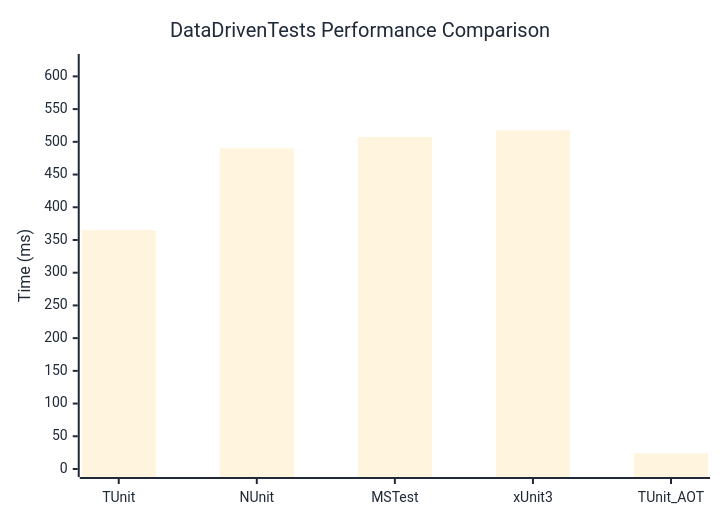
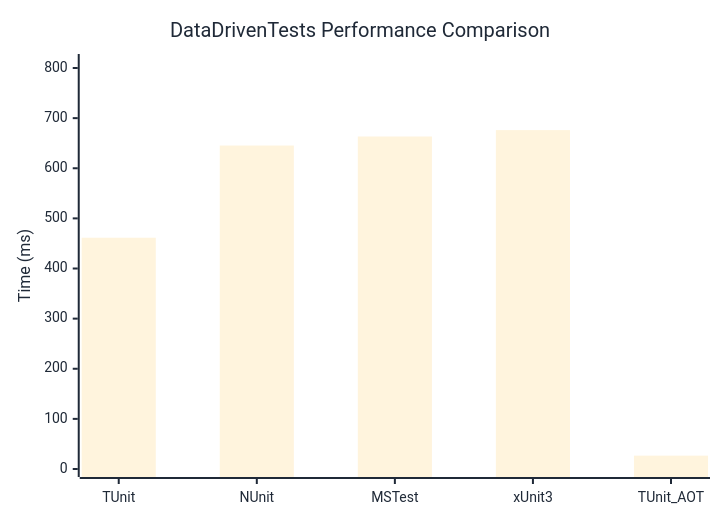
One commit to weiyilai/TUnit changed the diagram in docs/docs/benchmarks/DataDrivenTests.md. Above: the diagram before and after it, drawn with Mermaid. The commit also changed other lines of this file and 17 other files, not shown here.

````diff
--- a/docs/docs/benchmarks/DataDrivenTests.md
+++ b/docs/docs/benchmarks/DataDrivenTests.md
@@ -27,37 +27,37 @@
 ```mermaid
 %%{init: {
   'theme':'base',
   'themeVariables': {
     'primaryColor': '#2563eb',
     'primaryTextColor': '#1f2937',
     'primaryBorderColor': '#1e40af',
     'lineColor': '#6b7280',
     'secondaryColor': '#7c3aed',
     'tertiaryColor': '#dc2626',
     'background': '#ffffff',
     'mainBkg': '#2563eb',
     'secondBkg': '#7c3aed',
     'tertiaryBkg': '#dc2626',
     'clusterBkg': '#f3f4f6',
     'edgeLabelBackground': '#ffffff',
     'tertiaryTextColor': '#1f2937',
     'pie1': '#2563eb',
     'pie2': '#7c3aed',
     'pie3': '#dc2626',
     'pie4': '#f59e0b',
     'pie5': '#10b981',
     'pie6': '#06b6d4',
     'pie7': '#ec4899',
     'pie8': '#6366f1',
     'pie9': '#84cc16',
     'pie10': '#f97316',
     'pie11': '#14b8a6',
     'pie12': '#a855f7'
   }
 }}%%
 xychart-beta
   title "DataDrivenTests Performance Comparison"
   x-axis ["TUnit", "NUnit", "MSTest", "xUnit3", "TUnit_AOT"]
-  y-axis "Time (ms)" 0 --> 622
-  bar [365, 490.05, 507.42, 517.6, 23.95]
+  y-axis "Time (ms)" 0 --> 812
+  bar [461.39, 645.36, 663.37, 676.12, 26.63]
 ```
````
